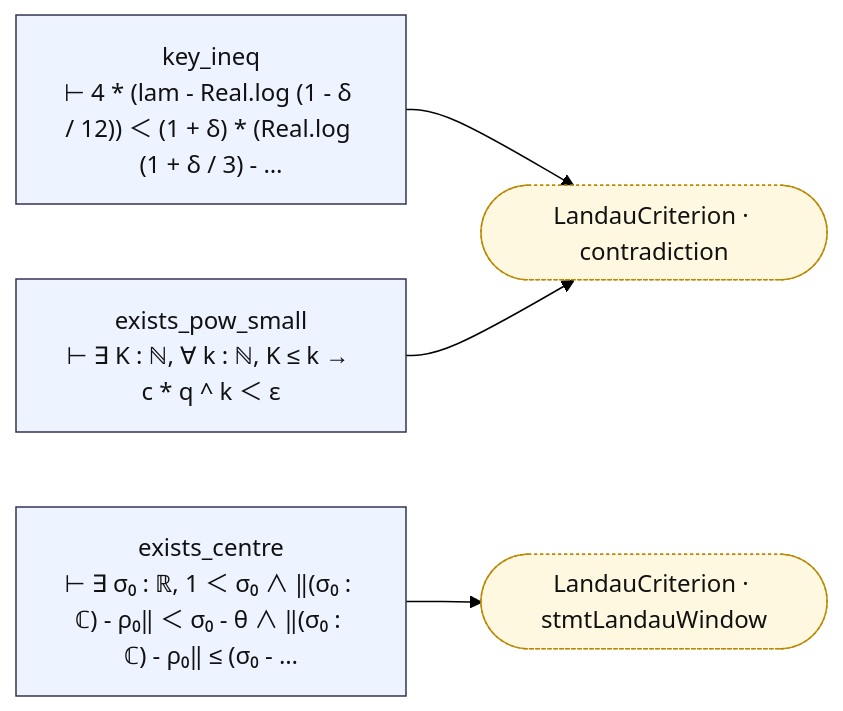
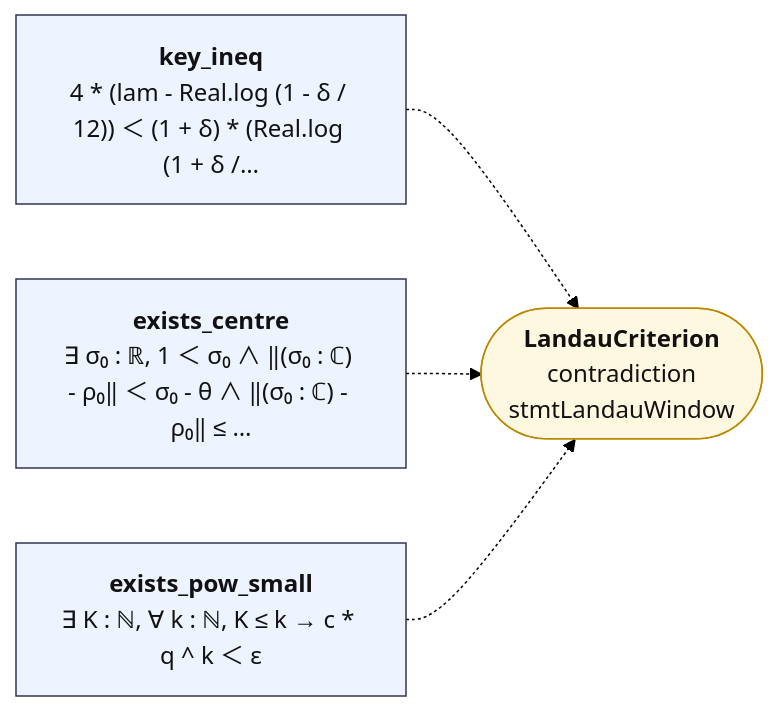
Before and after one commit to juliansambranojr/Primebeat_081426: the diagram in map/lean_stage3/LandauRates.md, drawn with Mermaid (forest theme). The commit also changed other lines of this file and 387 other files, not shown here.

````diff
--- a/map/lean_stage3/LandauRates.md
+++ b/map/lean_stage3/LandauRates.md
@@ -8,17 +12,15 @@
 ```mermaid
 flowchart LR
-  n0["key_ineq<br/>⊢ 4 * (lam - Real.log (1 - δ / 12)) ＜ (1 + δ) * (Real.log (1 + δ / 3) - …"]:::thm
-  n1["exists_centre<br/>⊢ ∃ σ₀ : ℝ, 1 ＜ σ₀ ∧ ‖(σ₀ : ℂ) - ρ₀‖ ＜ σ₀ - θ ∧ ‖(σ₀ : ℂ) - ρ₀‖ ≤ (σ₀ - …"]:::thm
-  n2["exists_pow_small<br/>⊢ ∃ K : ℕ, ∀ k : ℕ, K ≤ k → c * q ^ k ＜ ε"]:::thm
-  x0(["LandauCriterion · contradiction"]):::ext
-  x1(["LandauCriterion · stmtLandauWindow"]):::ext
-  n0 --> x0
-  n1 --> x1
-  n2 --> x0
+  n0["<b>key_ineq</b><br/>4 * (lam - Real.log (1 - δ / 12)) ＜ (1 + δ) * (Real.log (1 + δ /…"]:::thm
+  n1["<b>exists_centre</b><br/>∃ σ₀ : ℝ, 1 ＜ σ₀ ∧ ‖(σ₀ : ℂ) - ρ₀‖ ＜ σ₀ - θ ∧ ‖(σ₀ : ℂ) - ρ₀‖ ≤ …"]:::thm
+  n2["<b>exists_pow_small</b><br/>∃ K : ℕ, ∀ k : ℕ, K ≤ k → c * q ^ k ＜ ε"]:::thm
+  x0(["<b>LandauCriterion</b><br/>contradiction<br/>stmtLandauWindow"]):::ext
+  n0 -.-> x0
+  n1 -.-> x0
+  n2 -.-> x0
   classDef thm fill:#eef4ff,stroke:#335,color:#111
-  classDef dfn fill:#f2f2f2,stroke:#777,color:#111
   classDef end_ fill:#e7f7e7,stroke:#2a7,color:#111,stroke-width:2px
   classDef lone fill:#fff,stroke:#999,color:#111,stroke-dasharray:4 3
   classDef bad fill:#ffe5e5,stroke:#c22,color:#111,stroke-width:2px
-  classDef ext fill:#fff8e1,stroke:#b80,color:#111,stroke-dasharray:2 2
+  classDef ext fill:#fff8e1,stroke:#b80,color:#111
 ```
````
